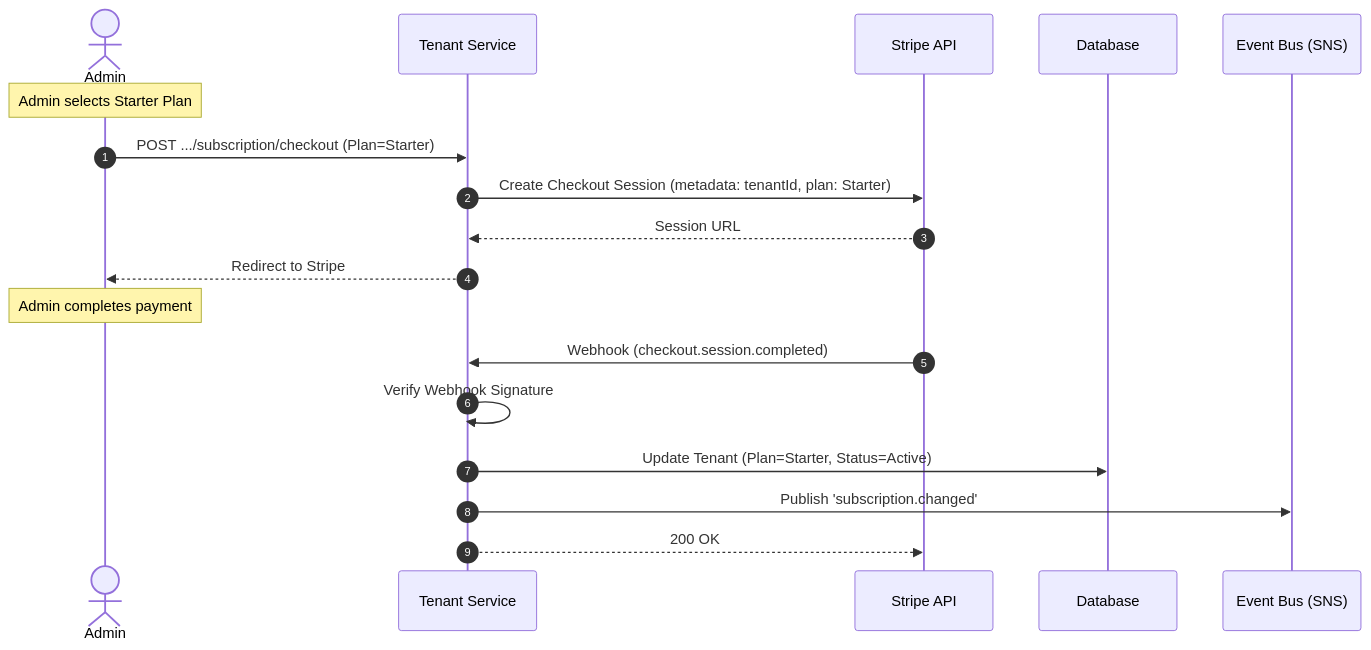
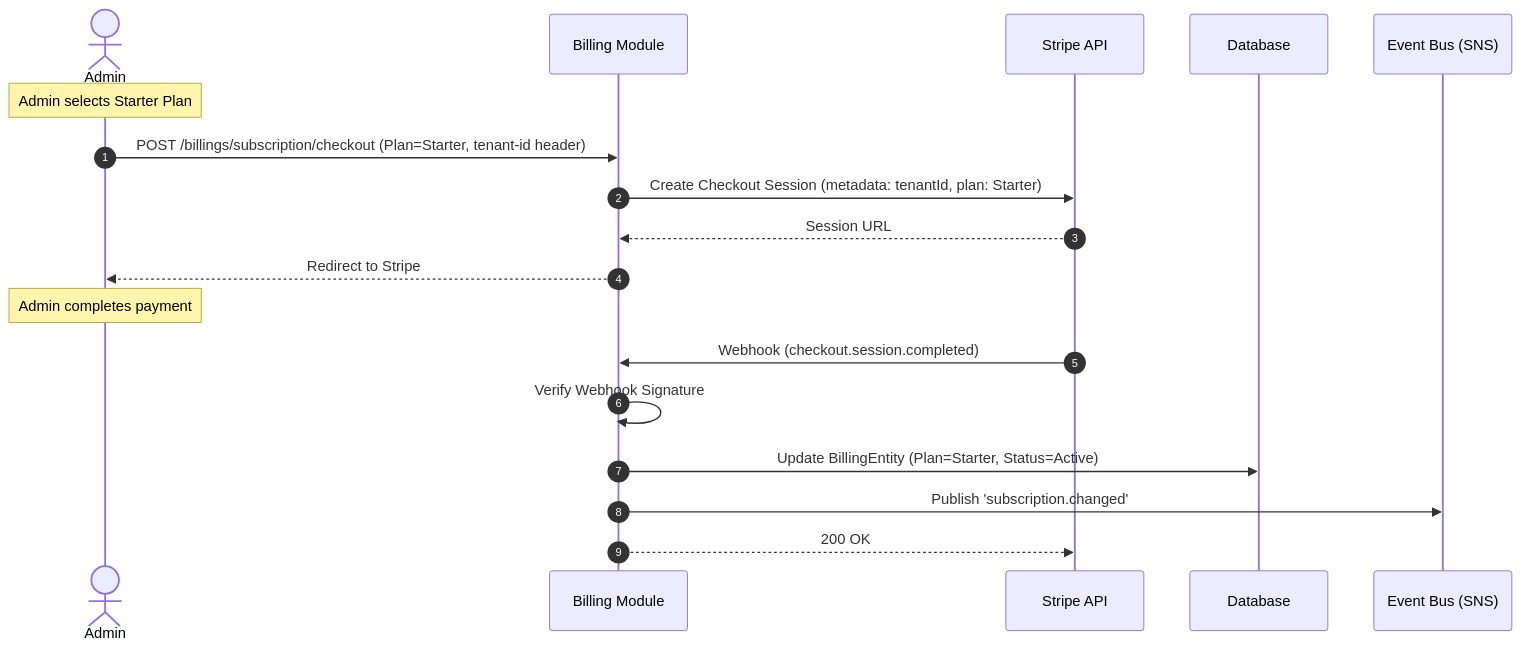
Before and after one commit to Digital-Rogue-Wave/referral-pulse-tenant-svc: diagram 13 of 30 in README.md, drawn with Mermaid. The commit also changed other lines of this file, not shown here.

Commit message:
refactor read me for billing

````diff
--- a/README.md
+++ b/README.md
@@ -430,22 +440,22 @@
 ```mermaid
 sequenceDiagram
     autonumber
     actor Admin
-    participant TS as Tenant Service
+    participant BS as Billing Module
     participant Stripe as Stripe API
     participant DB as Database
     participant SNS as Event Bus (SNS)
 
     Note over Admin: Admin selects Starter Plan
-    Admin->>TS: POST .../subscription/checkout (Plan=Starter)
-    TS->>Stripe: Create Checkout Session (metadata: tenantId, plan: Starter)
-    Stripe-->>TS: Session URL
-    TS-->>Admin: Redirect to Stripe
+    Admin->>BS: POST /billings/subscription/checkout (Plan=Starter, tenant-id header)
+    BS->>Stripe: Create Checkout Session (metadata: tenantId, plan: Starter)
+    Stripe-->>BS: Session URL
+    BS-->>Admin: Redirect to Stripe
 
     Note over Admin: Admin completes payment
-    Stripe->>TS: Webhook (checkout.session.completed)
-    TS->>TS: Verify Webhook Signature
-    TS->>DB: Update Tenant (Plan=Starter, Status=Active)
-    TS->>SNS: Publish 'subscription.changed'
-    TS-->>Stripe: 200 OK
+    Stripe->>BS: Webhook (checkout.session.completed)
+    BS->>BS: Verify Webhook Signature
+    BS->>DB: Update BillingEntity (Plan=Starter, Status=Active)
+    BS->>SNS: Publish 'subscription.changed'
+    BS-->>Stripe: 200 OK
 ```
````
